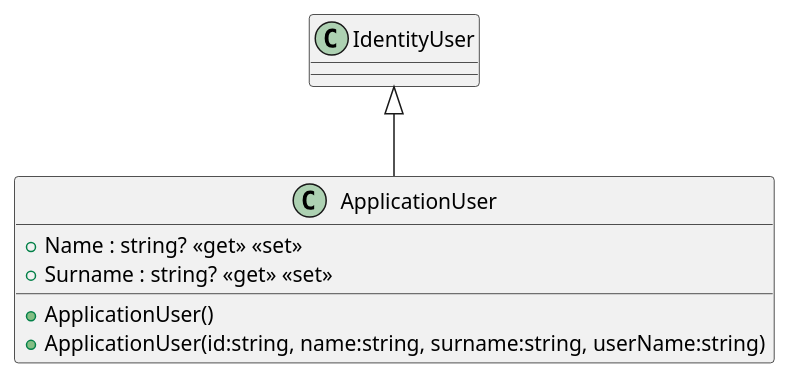
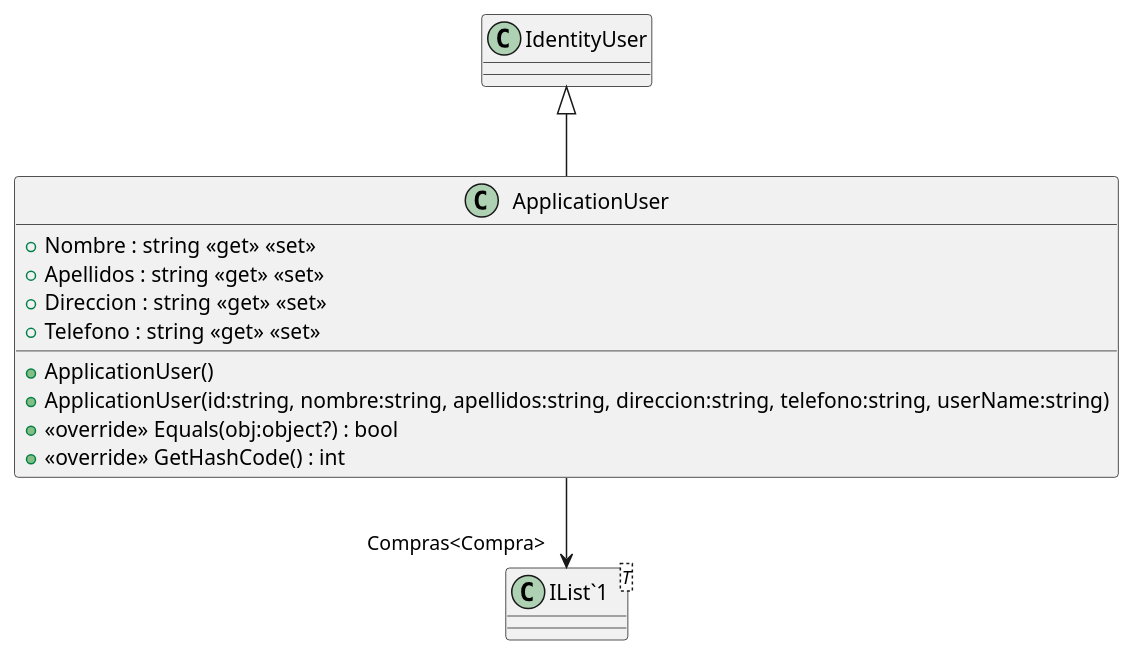
One commit to ISII2627JRJ/ISII2627JRJ changed the diagram in src/AppForSEII.API/ClassDiagram/ApplicationUser.puml. Above: the diagram before and after it, drawn with PlantUML. The commit also changed 11 other files, not shown here.

```diff
--- a/src/AppForSEII.API/ClassDiagram/ApplicationUser.puml
+++ b/src/AppForSEII.API/ClassDiagram/ApplicationUser.puml
@@ -1,9 +1,16 @@
 @startuml
 class ApplicationUser {
     + ApplicationUser()
-    + ApplicationUser(id:string, name:string, surname:string, userName:string)
-    + Name : string? <<get>> <<set>>
-    + Surname : string? <<get>> <<set>>
+    + ApplicationUser(id:string, nombre:string, apellidos:string, direccion:string, telefono:string, userName:string)
+    + Nombre : string <<get>> <<set>>
+    + Apellidos : string <<get>> <<set>>
+    + Direccion : string <<get>> <<set>>
+    + Telefono : string <<get>> <<set>>
+    + <<override>> Equals(obj:object?) : bool
+    + <<override>> GetHashCode() : int
+}
+class "IList`1"<T> {
 }
 IdentityUser <|-- ApplicationUser
+ApplicationUser --> "Compras<Compra>" "IList`1"
 @enduml
```
